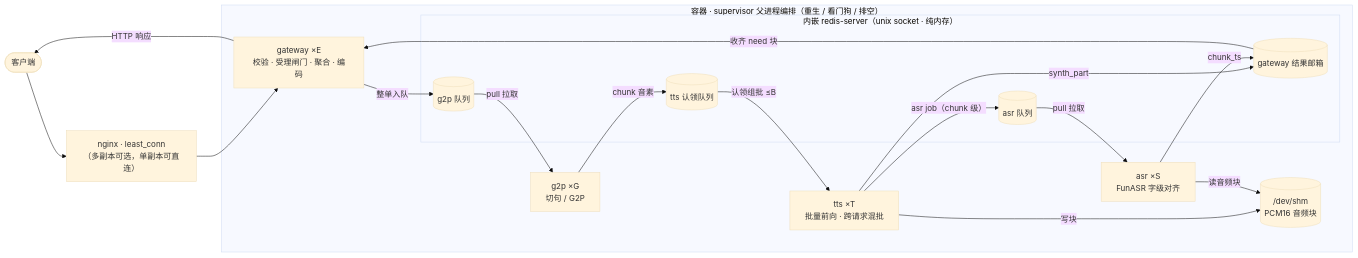
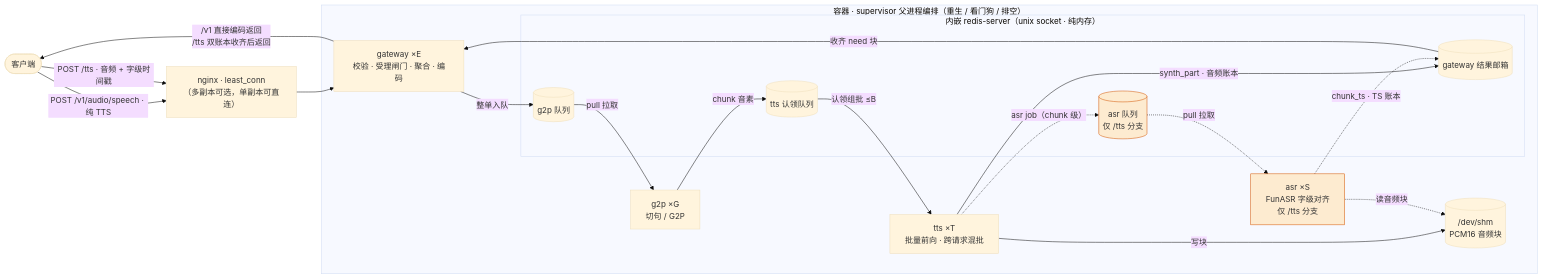
The first of 4 diagrams in README.md (guang384/kokoro-tts-ascend), drawn with Mermaid (base theme) before and after one commit. The commit also changed other lines of this file, not shown here.

Commit message:
docs: mark /v1 vs /tts flow divergence in topology diagram
Two labeled request edges at entry, dashed orange classDef for the
/tts-only branch (asr queue/node + related edges), both response modes
on the exit edge, plus a caption naming the two divergence points.

````diff
--- a/README.md
+++ b/README.md
@@ -13,32 +13,36 @@
 ```mermaid
 flowchart LR
-  client([客户端]) --> nginx["nginx · least_conn<br/>（多副本可选，单副本可直连）"]
-  nginx --> gw
+  client([客户端]) -->|"POST /v1/audio/speech · 纯 TTS"| nginx
+  client -->|"POST /tts · 音频 + 字级时间戳"| nginx
+  nginx["nginx · least_conn<br/>（多副本可选，单副本可直连）"] --> gw
 
   subgraph box["容器 · supervisor 父进程编排（重生 / 看门狗 / 排空）"]
     gw["gateway ×E<br/>校验 · 受理闸门 · 聚合 · 编码"]
     g2p["g2p ×G<br/>切句 / G2P"]
     tts["tts ×T<br/>批量前向 · 跨请求混批"]
-    asr["asr ×S<br/>FunASR 字级对齐"]
+    asr["asr ×S<br/>FunASR 字级对齐<br/>仅 /tts 分支"]
     subgraph q["内嵌 redis-server（unix socket · 纯内存）"]
       q1[("g2p 队列")]
       q2[("tts 认领队列")]
-      q3[("asr 队列")]
+      q3[("asr 队列<br/>仅 /tts 分支")]
       q4[("gateway 结果邮箱")]
     end
     shm[("/dev/shm<br/>PCM16 音频块")]
   end
 
   gw -->|整单入队| q1
   q1 -->|pull 拉取| g2p
   g2p -->|chunk 音素| q2
   q2 -->|认领组批 ≤B| tts
   tts -->|写块| shm
-  tts -->|synth_part| q4
-  tts -->|asr job（chunk 级）| q3
-  q3 -->|pull 拉取| asr
-  asr -->|读音频块| shm
-  asr -->|chunk_ts| q4
+  tts -->|synth_part · 音频账本| q4
+  tts -.->|"asr job（chunk 级）"| q3
+  q3 -.->|pull 拉取| asr
+  asr -.->|读音频块| shm
+  asr -.->|chunk_ts · TS 账本| q4
   q4 -->|收齐 need 块| gw
-  gw -->|HTTP 响应| client
+  gw -->|"/v1 直接编码返回<br/>/tts 双账本收齐后返回"| client
+
+  classDef ttsonly fill:#fdebd0,stroke:#d35400;
+  class asr,q3 ttsonly
 ```
````
